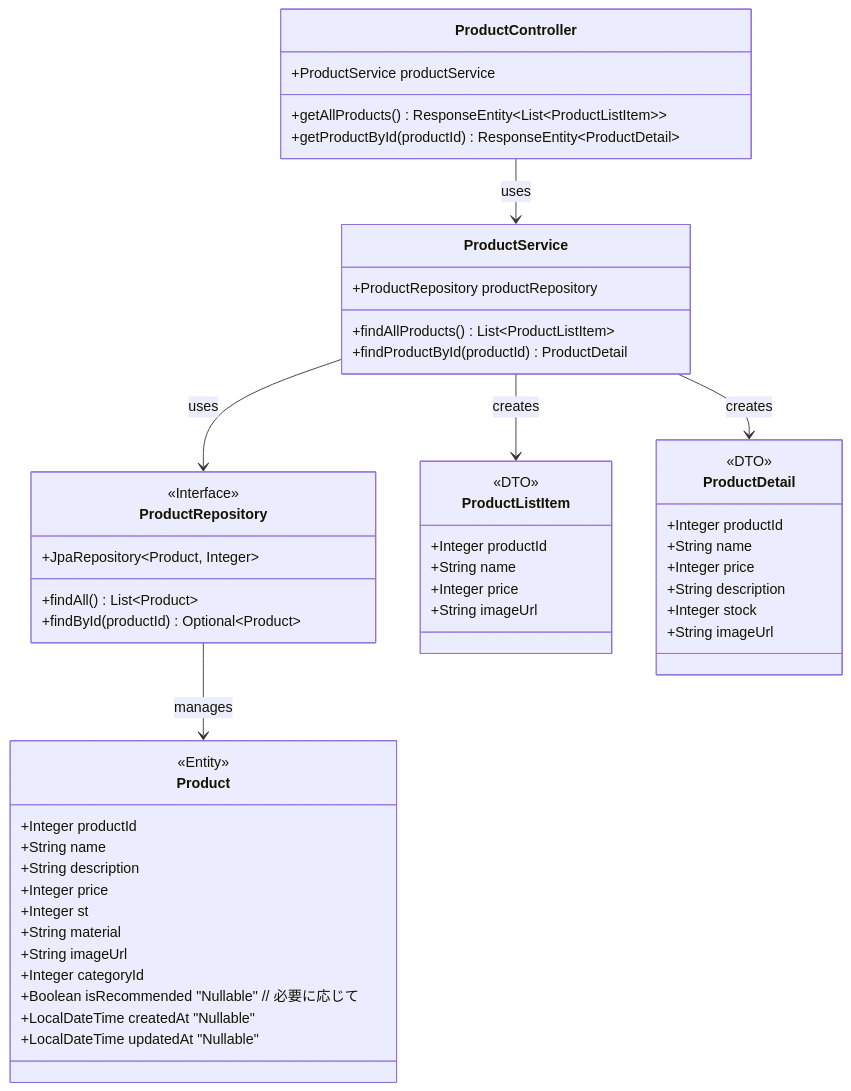
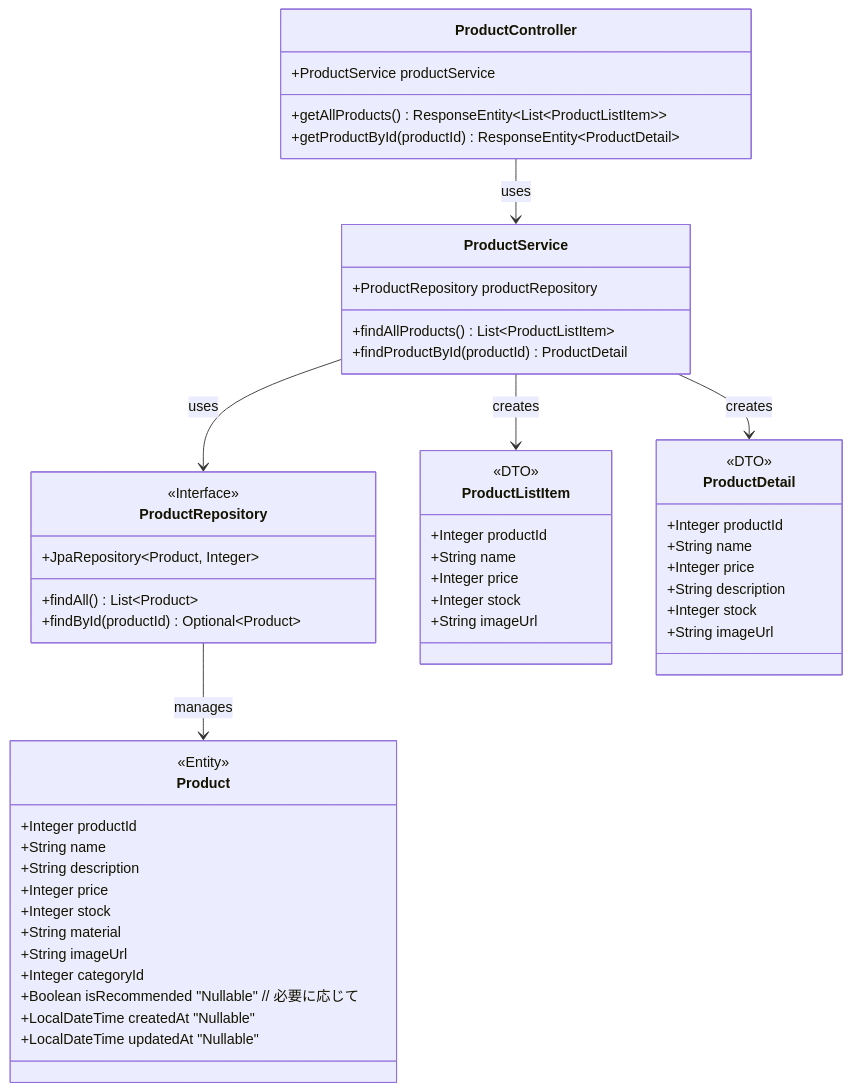
Before and after one commit to natsumiumeda/Jobs: the eighth of 12 diagrams in 詳細設計/詳細設計書.md, drawn with Mermaid.

```diff
--- a/詳細設計/詳細設計書.md
+++ b/詳細設計/詳細設計書.md
@@ -391,68 +391,69 @@
 <div class="mermaid">
 classDiagram
     %% Controller
     class ProductController {
         +ProductService productService
         +getAllProducts() ResponseEntity~List~ProductListItem~~
         +getProductById(productId) ResponseEntity~ProductDetail~
     }
 
     %% Service
     class ProductService {
         +ProductRepository productRepository
         +findAllProducts() List~ProductListItem~
         +findProductById(productId) ProductDetail
     }
 
     %% Repository
     class ProductRepository {
         <<Interface>>
         +JpaRepository~Product, Integer~
         +findAll() List~Product~
         +findById(productId) Optional~Product~
     }
 
     %% Entity
     class Product {
         <<Entity>>
         +Integer productId
         +String name
         +String description
         +Integer price
-        +Integer st
+        +Integer stock
         +String material
         +String imageUrl
         +Integer categoryId
         
         +Boolean isRecommended "Nullable" // 必要に応じて
         +LocalDateTime createdAt "Nullable"
         +LocalDateTime updatedAt "Nullable"
     }
 
     %% DTO
     class ProductListItem {
         <<DTO>>
         +Integer productId
         +String name
         +Integer price
+        +Integer stock
         +String imageUrl
     }
 
     class ProductDetail {
         <<DTO>>
         +Integer productId
         +String name
         +Integer price
         +String description
         +Integer stock
         +String imageUrl
     }
 
     %% 関係
     ProductController --> ProductService : uses
     ProductService --> ProductRepository : uses
     ProductRepository --> Product : manages
     ProductService --> ProductListItem : creates
     ProductService --> ProductDetail : creates
 
 </div>
```
